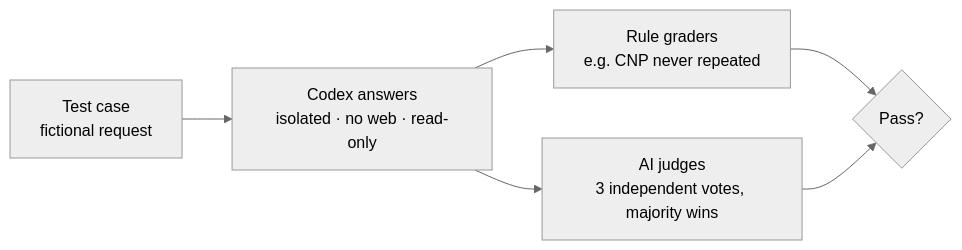
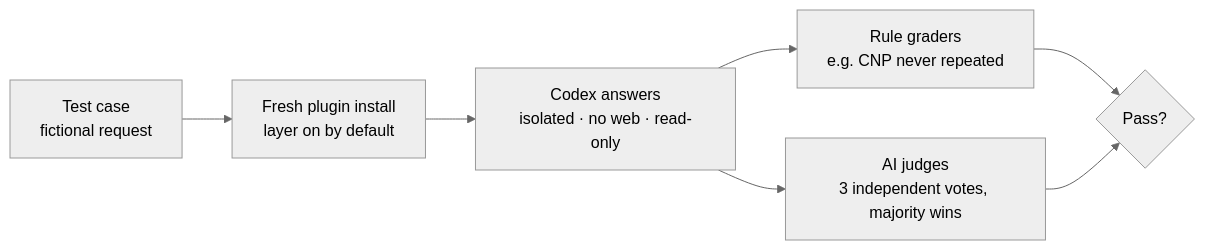
The second of 2 diagrams in docs/EVALUATION.md (valinagacevschi/academic-research-skills), drawn with Mermaid (neutral theme) before and after one commit. The commit also changed other lines of this file and 21 other files, not shown here.

Commit message:
respiratory layer on by default: plugin-installed evals (6/6), install docs without clone, CNP hook optional

````diff
--- a/docs/EVALUATION.md
+++ b/docs/EVALUATION.md
@@ -50,7 +50,7 @@
 ```mermaid
 flowchart LR
-    C[Test case<br/>fictional request] --> A[Codex answers<br/>isolated · no web · read-only]
+    C[Test case<br/>fictional request] --> I[Fresh plugin install<br/>layer on by default] --> A[Codex answers<br/>isolated · no web · read-only]
     A --> G1[Rule graders<br/>e.g. CNP never repeated]
     A --> G2[AI judges<br/>3 independent votes, majority wins]
     G1 & G2 --> P{Pass?}
 ```
````
